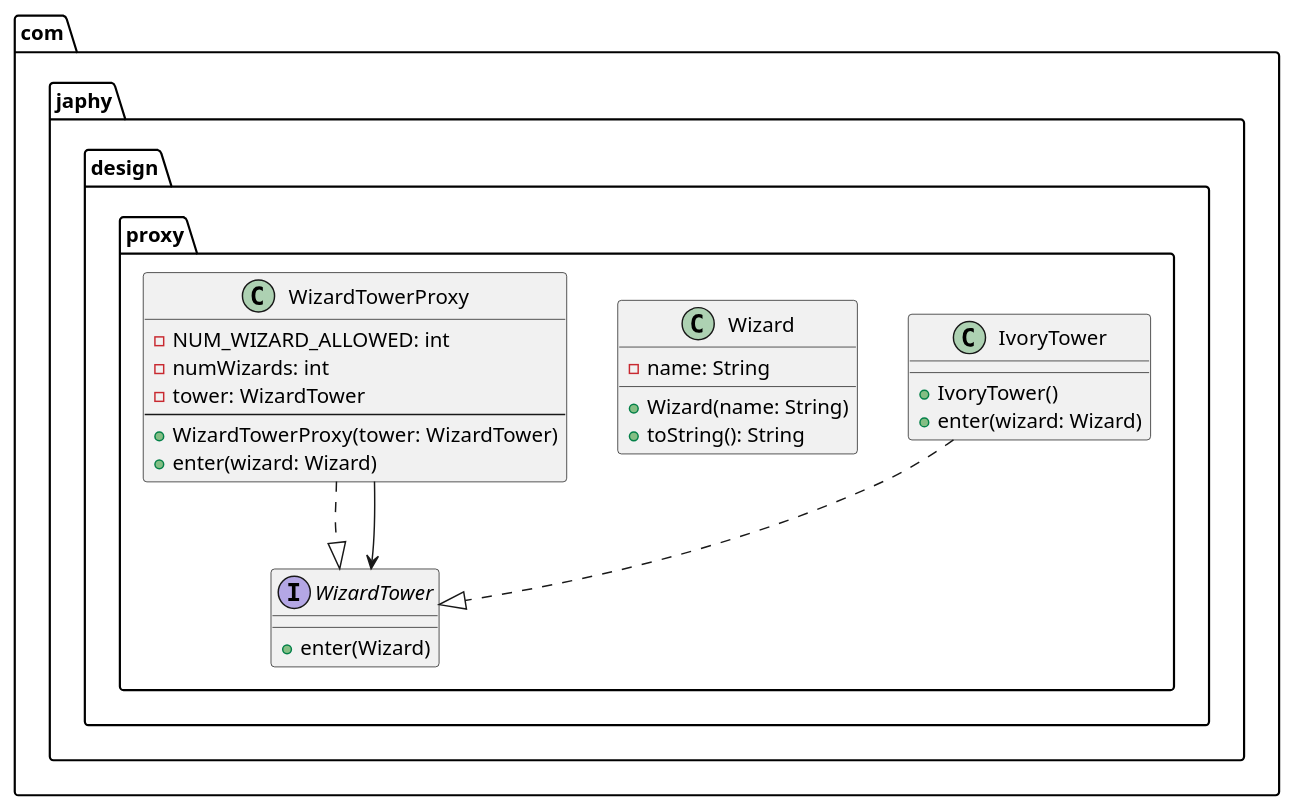
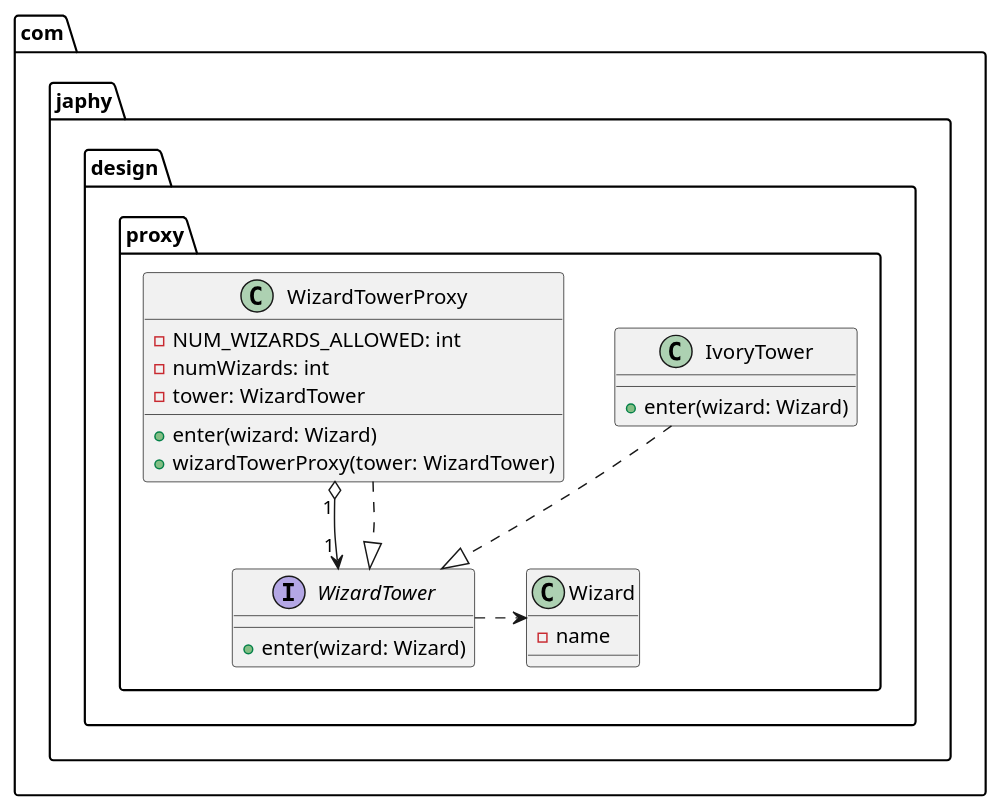
The diagram in design-pattern/proxy/etc/proxy.puml (JaphyFan/spring-bootstrap), drawn with PlantUML before and after one commit. The commit also changed 160 other files, not shown here.

```diff
--- a/design-pattern/proxy/etc/proxy.puml
+++ b/design-pattern/proxy/etc/proxy.puml
@@ -1,35 +1,25 @@
 @startuml
 
 package com.japhy.design.proxy {
     interface WizardTower {
-        + enter(Wizard)
-    }
-
-    class IvoryTower {
-        + IvoryTower()
         + enter(wizard: Wizard)
     }
-
+    class IvoryTower {
+        + enter(wizard: Wizard)
+    }
     class Wizard {
-        - name: String
-        + Wizard(name: String)
-        + toString(): String
+        - name
     }
-
     class WizardTowerProxy {
-        - NUM_WIZARD_ALLOWED: int
+        - NUM_WIZARDS_ALLOWED: int
         - numWizards: int
         - tower: WizardTower
-        --
-        + WizardTowerProxy(tower: WizardTower)
         + enter(wizard: Wizard)
+        + wizardTowerProxy(tower: WizardTower)
     }
-
+    WizardTower .> Wizard
+    IvoryTower ..|> WizardTower
+    WizardTowerProxy "1" o--> "1" WizardTower
     WizardTowerProxy ..|> WizardTower
-    WizardTowerProxy --> WizardTower
-    IvoryTower ..|> WizardTower
-
 }
-
-
 @enduml
```
